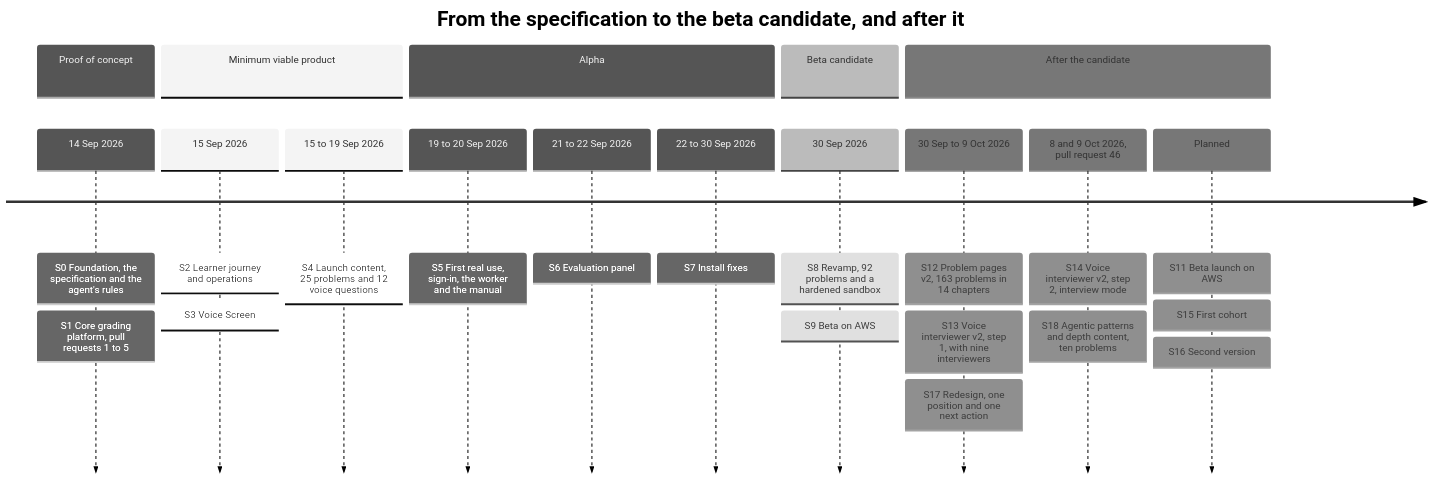
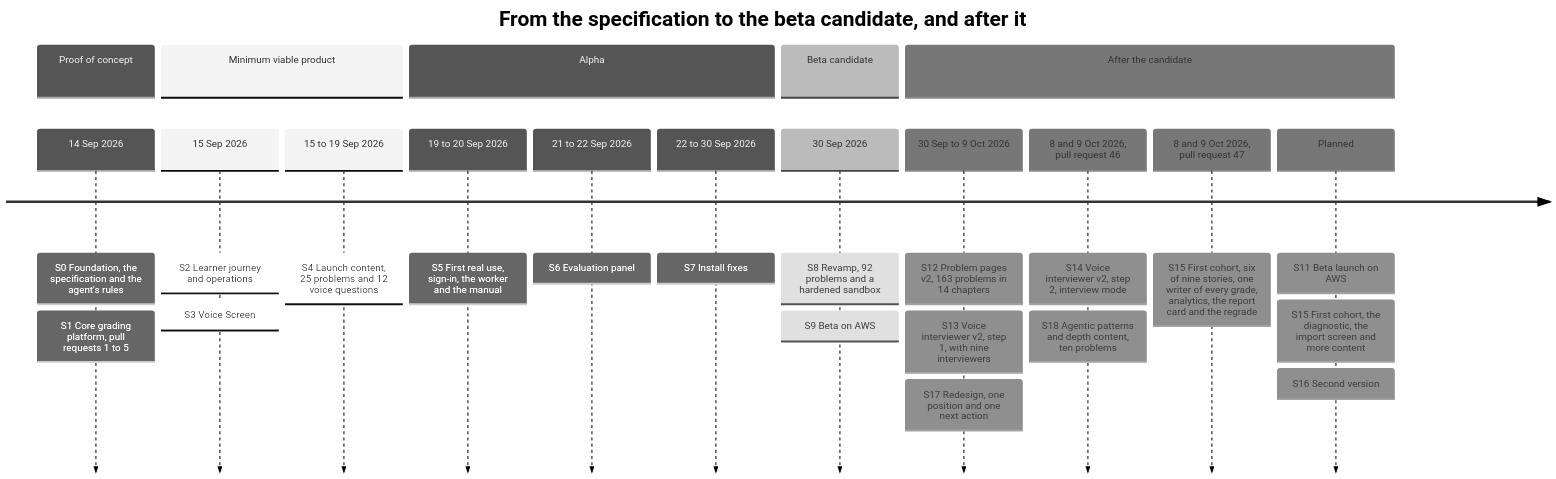
The first of 12 diagrams in README.md (fde-academy-lab/fdeprep), drawn with Mermaid (neutral theme) before and after one commit. The commit also changed other lines of this file and 185 other files, not shown here.

First line of the commit message:
S15 first cohort: one writer for every grade, analytics, the report card, re-grading, and ten integrity and access fixes (#47)

````diff
--- a/README.md
+++ b/README.md
@@ -160,27 +163,28 @@
 ```mermaid
 timeline
   title From the specification to the beta candidate, and after it
   section Proof of concept
     14 Sep 2026 : S0 Foundation, the specification and the agent's rules
                 : S1 Core grading platform, pull requests 1 to 5
   section Minimum viable product
     15 Sep 2026 : S2 Learner journey and operations
                 : S3 Voice Screen
     15 to 19 Sep 2026 : S4 Launch content, 25 problems and 12 voice questions
   section Alpha
     19 to 20 Sep 2026 : S5 First real use, sign-in, the worker and the manual
     21 to 22 Sep 2026 : S6 Evaluation panel
     22 to 30 Sep 2026 : S7 Install fixes
   section Beta candidate
     30 Sep 2026 : S8 Revamp, 92 problems and a hardened sandbox
                 : S9 Beta on AWS
   section After the candidate
     30 Sep to 9 Oct 2026 : S12 Problem pages v2, 163 problems in 14 chapters
                          : S13 Voice interviewer v2, step 1, with nine interviewers
                          : S17 Redesign, one position and one next action
     8 and 9 Oct 2026, pull request 46 : S14 Voice interviewer v2, step 2, interview mode
                                       : S18 Agentic patterns and depth content, ten problems
+    8 and 9 Oct 2026, pull request 47 : S15 First cohort, six of nine stories, one writer of every grade, analytics, the report card and the regrade
     Planned : S11 Beta launch on AWS
-            : S15 First cohort
+            : S15 First cohort, the diagnostic, the import screen and more content
             : S16 Second version
 ```
````
